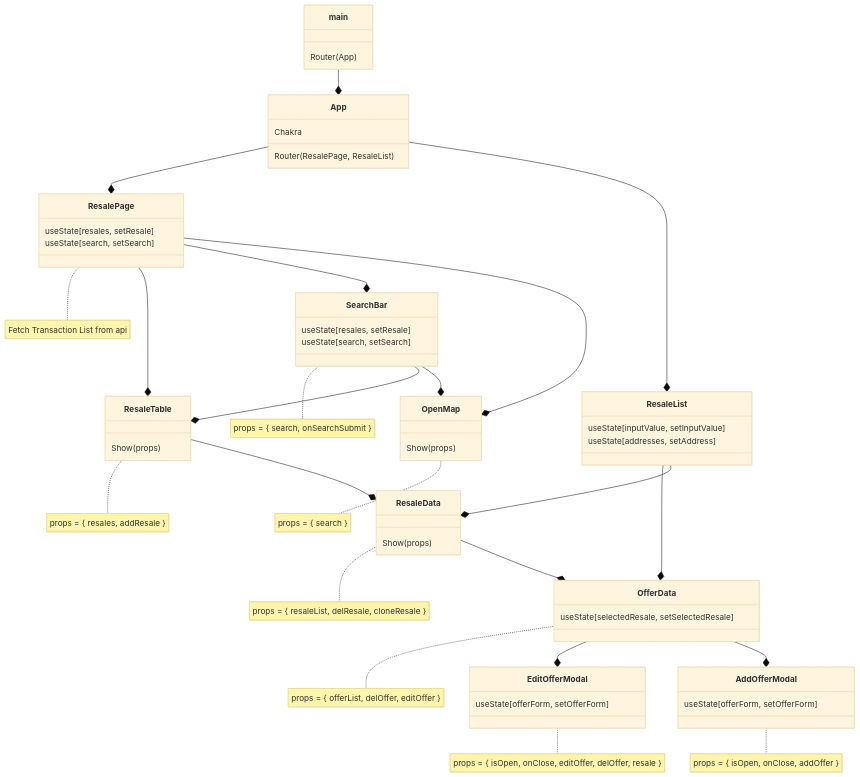
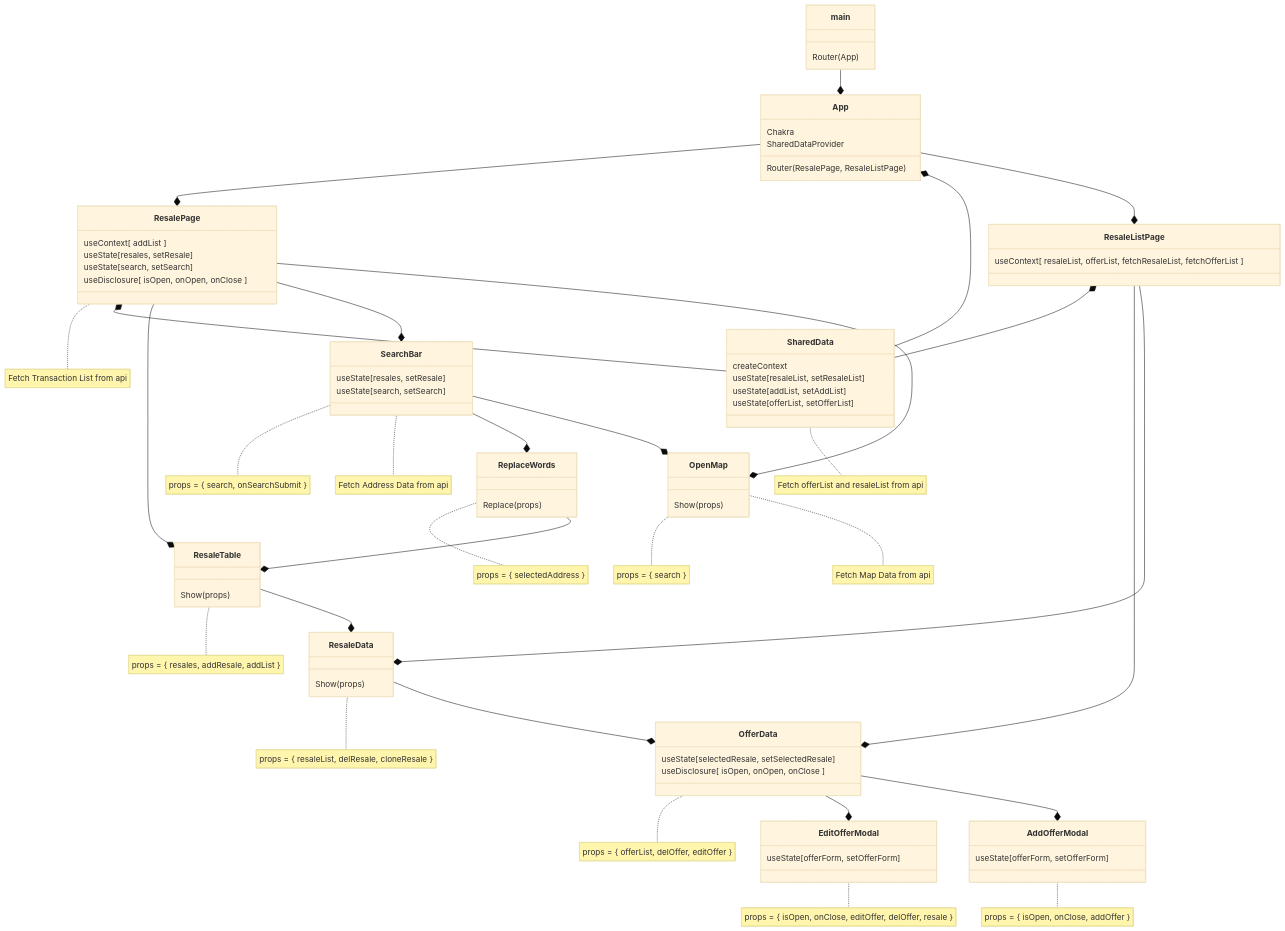
Before and after one commit to bfcxfm/Housing-Resale-SG: the diagram in README.md, drawn with Mermaid (base theme). The commit also changed 9 other files, not shown here.

````diff
--- a/README.md
+++ b/README.md
@@ -7,42 +7,60 @@
   direction BT
   class App {
     Chakra
-    Router(ResalePage, ResaleList)
+    SharedDataProvider
+    Router(ResalePage, ResaleListPage)
   }
 
 class main {
     Router(App)
   }
 
+class SharedData {
+    createContext
+    useState[resaleList, setResaleList]
+    useState[addList, setAddList]
+    useState[offerList, setOfferList]
+  }
+  note for SharedData "Fetch offerList and resaleList from api"
+
 class ResalePage {
+    useContext[ addList ]
     useState[resales, setResale]
     useState[search, setSearch]
+    useDisclosure[ isOpen, onOpen, onClose ]
   }
   note for ResalePage "Fetch Transaction List from api"
 
 class ResaleTable {
     Show (props)
   }
-  note for ResaleTable "props = { resales, addResale }"
+  note for ResaleTable "props = { resales, addResale, addList }"
 
 class SearchBar {
   useState[resales, setResale]
   useState[search, setSearch]
 }
 note for SearchBar "props = { search, onSearchSubmit }"
+note for SearchBar "Fetch Address Data from api"
+
+class ReplaceWords {
+  Replace (props)
+}
+note for ReplaceWords "props = { selectedAddress }"
 
 class OpenMap {
   Show (props)
 }
 note for OpenMap "props = { search }"
+note for OpenMap "Fetch Map Data from api"
 
-class ResaleList {
-    useState[inputValue, setInputValue]
-    useState[addresses, setAddress]
+class ResaleListPage {
+    useContext[ resaleList, offerList, fetchResaleList, fetchOfferList ]
   }
 
 class OfferData {
     useState[selectedResale, setSelectedResale]
+    useDisclosure[ isOpen, onOpen, onClose ]
   }
   note for OfferData "props = { offerList, delOffer, editOffer }"
 
@@ -64,18 +82,23 @@
 
   App *-- main
 ResalePage *-- App
+SharedData --* App
+SharedData --* ResalePage
+SharedData --* ResaleListPage
 ResaleTable *-- ResalePage
 SearchBar *-- ResalePage
+ReplaceWords *-- SearchBar
 OpenMap *-- ResalePage
-ResaleTable *-- SearchBar
+ResaleTable *-- ReplaceWords
 OpenMap *-- SearchBar
 ResaleData *-- ResaleTable
-ResaleList *-- App
-OfferData *-- ResaleList
+ResaleListPage *-- App
+OfferData *-- ResaleListPage
 OfferData *-- ResaleData
-ResaleData *-- ResaleList
+ResaleData *-- ResaleListPage
 EditOfferModal *-- OfferData
 AddOfferModal *-- OfferData
 
 
+
 ```
````
